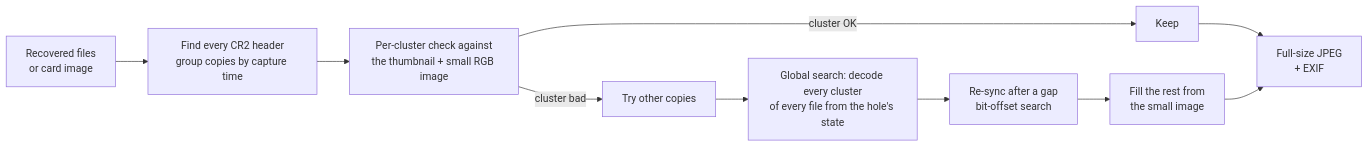
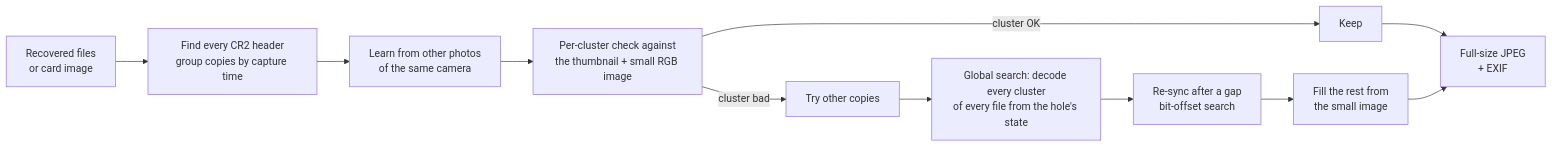
The diagram in README.md (yin1218/cr2-rescue), drawn with Mermaid before and after one commit. The commit also changed other lines of this file and 9 other files, not shown here.

First line of the commit message:
Learn from the other photos of the card; re-sync in smooth areas

````diff
--- a/README.md
+++ b/README.md
@@ -110,11 +129,12 @@
 ```mermaid
 flowchart LR
   A[Recovered files<br/>or card image] --> B[Find every CR2 header<br/>group copies by capture time]
-  B --> C[Per-cluster check against<br/>the thumbnail + small RGB image]
+  B --> L[Learn from other photos<br/>of the same camera]
+  L --> C[Per-cluster check against<br/>the thumbnail + small RGB image]
   C -->|cluster OK| D[Keep]
   C -->|cluster bad| E[Try other copies]
   E --> F[Global search: decode every cluster<br/>of every file from the hole's state]
   F --> G[Re-sync after a gap<br/>bit-offset search]
   G --> H[Fill the rest from<br/>the small image]
   D & H --> I[Full-size JPEG<br/>+ EXIF]
 ```
````
